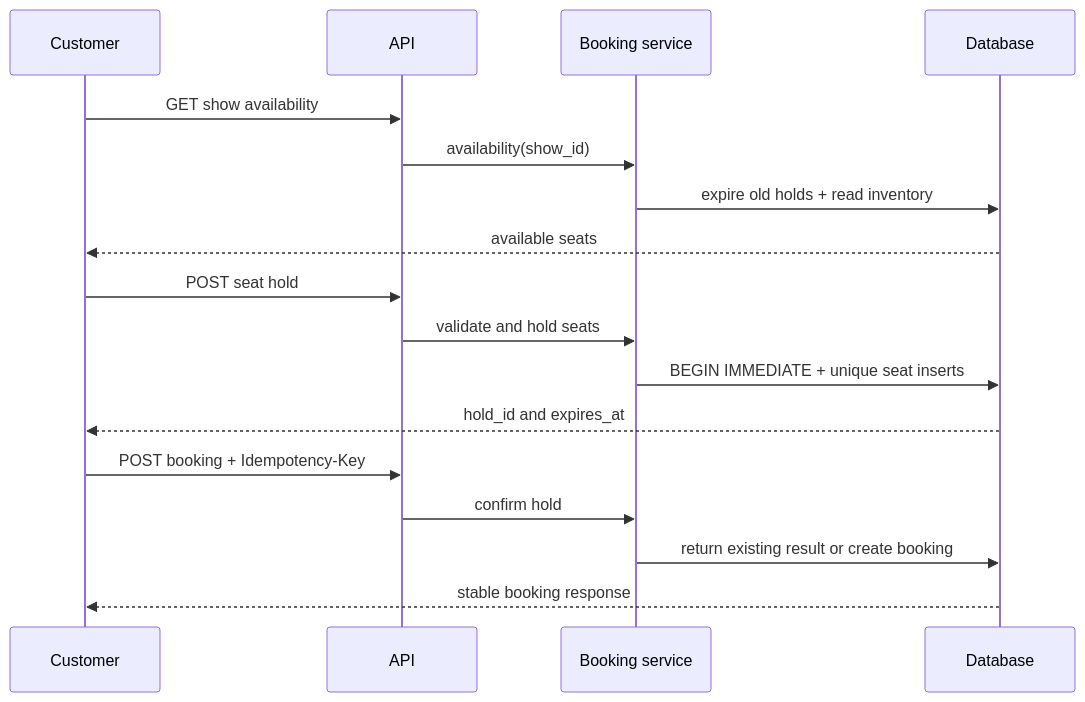
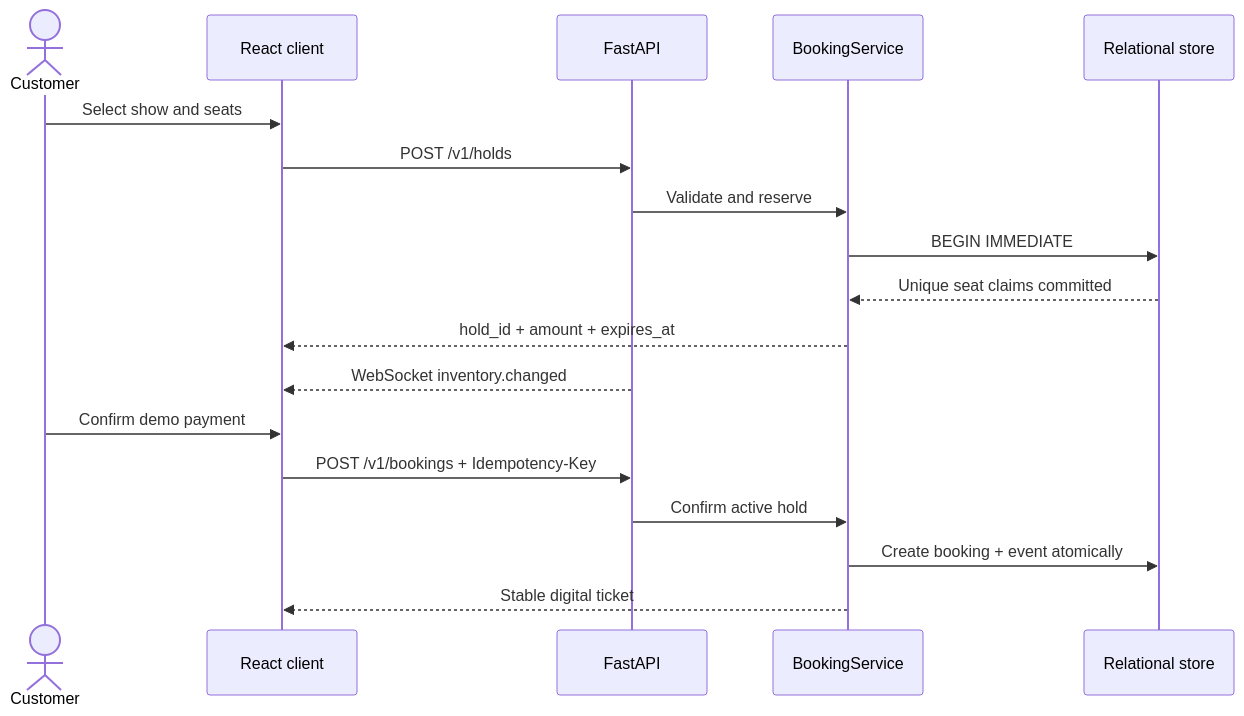
The second of 2 diagrams in README.md (haarikaalla/Movie-Ticket-Booking), drawn with Mermaid before and after one commit. The commit also changed other lines of this file and 28 other files, not shown here.

````diff
--- a/README.md
+++ b/README.md
@@ -56,19 +76,21 @@
 ```mermaid
 sequenceDiagram
-    participant C as Customer
-    participant A as API
-    participant S as Booking service
-    participant D as Database
-    C->>A: GET show availability
-    A->>S: availability(show_id)
-    S->>D: expire old holds + read inventory
-    D-->>C: available seats
-    C->>A: POST seat hold
-    A->>S: validate and hold seats
-    S->>D: BEGIN IMMEDIATE + unique seat inserts
-    D-->>C: hold_id and expires_at
-    C->>A: POST booking + Idempotency-Key
-    A->>S: confirm hold
-    S->>D: return existing result or create booking
-    D-->>C: stable booking response
+    actor Customer
+    participant UI as React client
+    participant API as FastAPI
+    participant Service as BookingService
+    participant DB as Relational store
+
+    Customer->>UI: Select show and seats
+    UI->>API: POST /v1/holds
+    API->>Service: Validate and reserve
+    Service->>DB: BEGIN IMMEDIATE
+    DB-->>Service: Unique seat claims committed
+    Service-->>UI: hold_id + amount + expires_at
+    API-->>UI: WebSocket inventory.changed
+    Customer->>UI: Confirm demo payment
+    UI->>API: POST /v1/bookings + Idempotency-Key
+    API->>Service: Confirm active hold
+    Service->>DB: Create booking + event atomically
+    Service-->>UI: Stable digital ticket
 ```
````
